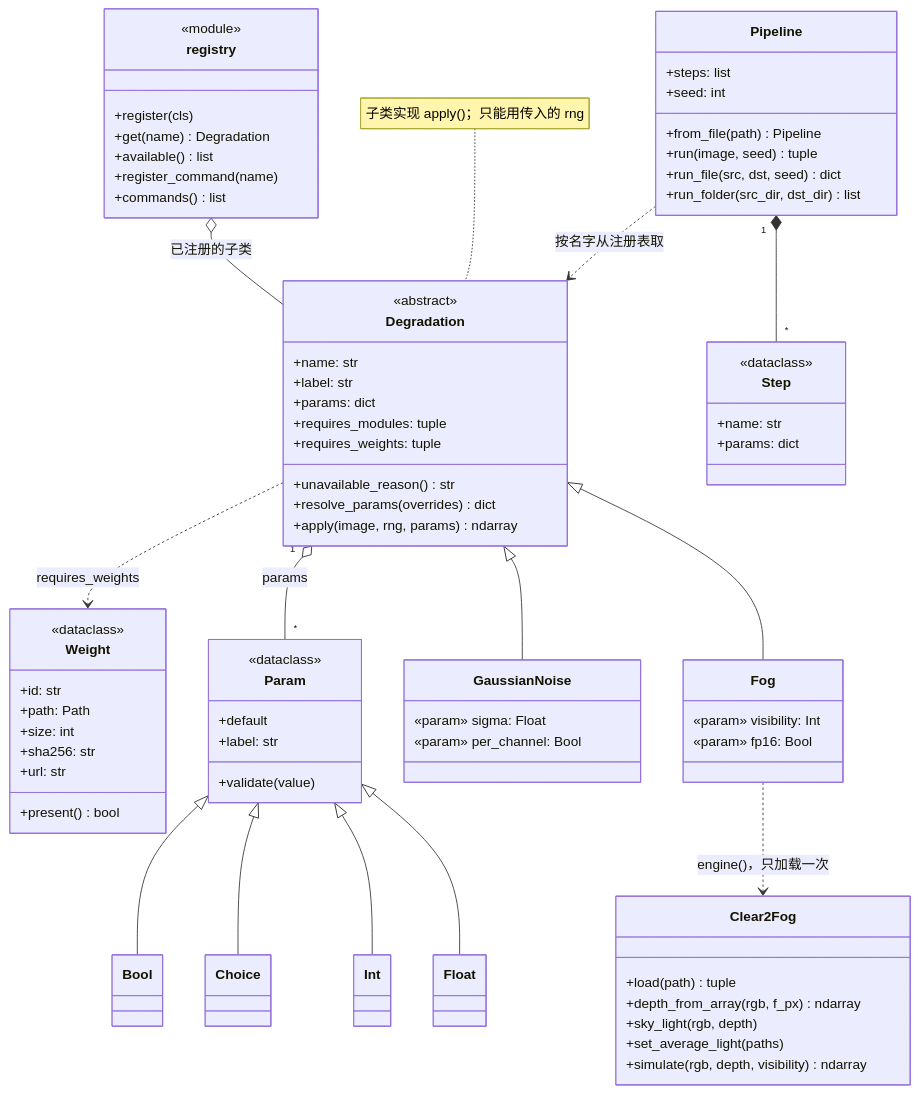
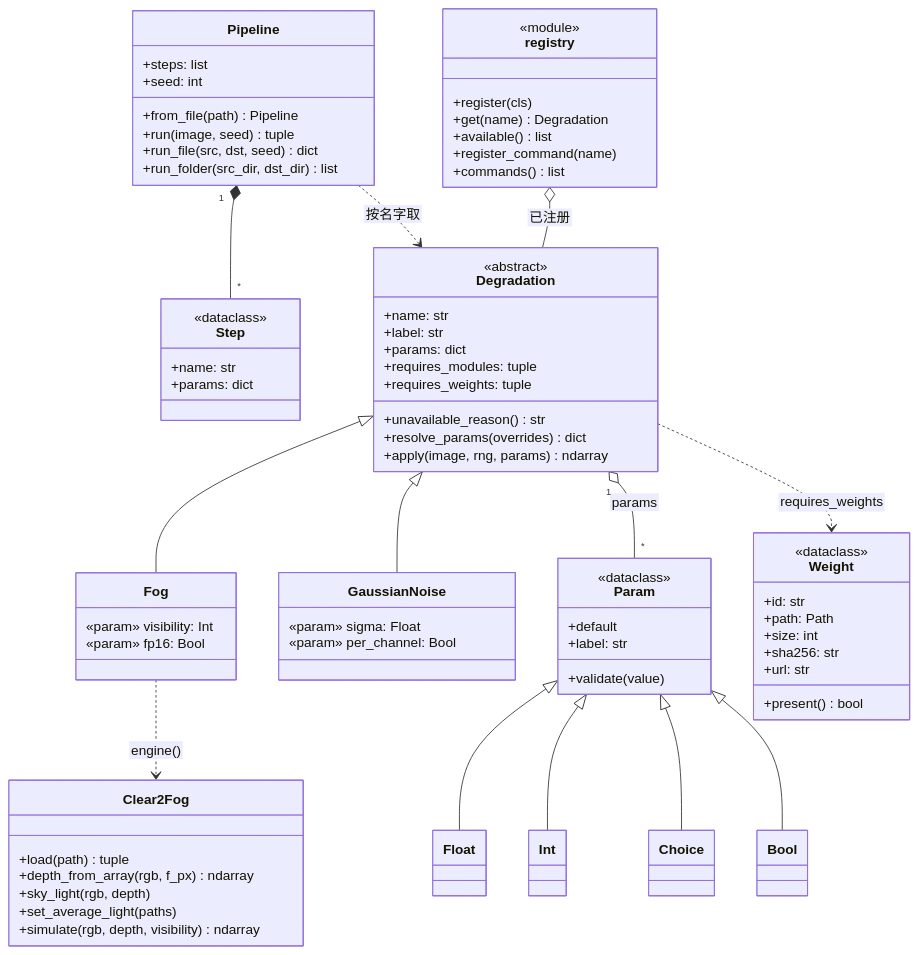
The second of 4 diagrams in doc/architecture.md (Tommy6015/degradation-framework), drawn with Mermaid before and after one commit. The commit also changed other lines of this file and 2 other files, not shown here.

First line of the commit message:
doc: diagrams render in full in the Markdown preview

````diff
--- a/doc/architecture.md
+++ b/doc/architecture.md
@@ -95,4 +97,5 @@
 ```mermaid
+%%{init: {"htmlLabels": false, "class": {"htmlLabels": false}}}%%
 classDiagram
     direction TB
 
@@ -117,7 +120,6 @@
     }
     Degradation <|-- Fog
     Degradation <|-- GaussianNoise
-    note for Degradation "子类实现 apply()；只能用传入的 rng"
 
     class Param {
         <<dataclass>>
@@ -145,7 +147,7 @@
         +params: dict
     }
     Pipeline "1" *-- "*" Step
-    Pipeline ..> Degradation : 按名字从注册表取
+    Pipeline ..> Degradation : 按名字取
 
     class registry {
         <<module>>
@@ -155,7 +157,7 @@
         +register_command(name)
         +commands() list
     }
-    registry o-- Degradation : 已注册的子类
+    registry o-- Degradation : 已注册
 
     class Clear2Fog {
         +load(path) tuple
@@ -164,7 +166,7 @@
         +set_average_light(paths)
         +simulate(rgb, depth, visibility) ndarray
     }
-    Fog ..> Clear2Fog : engine()，只加载一次
+    Fog ..> Clear2Fog : engine()
 
     class Weight {
         <<dataclass>>
````
